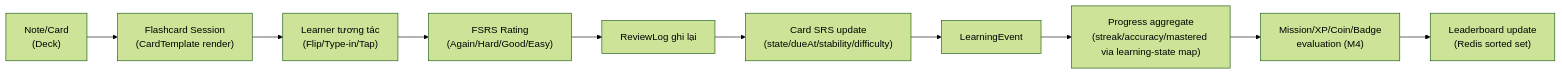
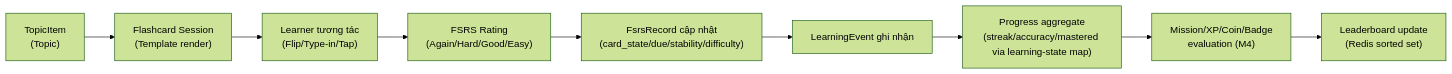
The fourth of 6 diagrams in sa/sa.md (SnapVocab/docs), drawn with Mermaid (forest theme) before and after one commit. The commit also changed other lines of this file and 11 other files, not shown here.

First line of the commit message:
docs: update architecture to 25-table entity model and add vertical task breakdown xlsx

````diff
--- a/sa/sa.md
+++ b/sa/sa.md
@@ -433,12 +432,11 @@
 ```mermaid
 flowchart LR
-    A["Note/Card<br>(Deck)"] --> B["Flashcard Session<br>(CardTemplate render)"]
+    A["TopicItem<br>(Topic)"] --> B["Flashcard Session<br>(Template render)"]
     B --> C["Learner tương tác<br>(Flip/Type-in/Tap)"]
     C --> D["FSRS Rating<br>(Again/Hard/Good/Easy)"]
-    D --> E["ReviewLog ghi lại"]
-    E --> F["Card SRS update<br>(state/dueAt/stability/difficulty)"]
-    F --> G["LearningEvent"]
-    G --> H["Progress aggregate<br>(streak/accuracy/mastered via learning-state map)"]
-    H --> I["Mission/XP/Coin/Badge<br>evaluation (M4)"]
-    I --> J["Leaderboard update<br>(Redis sorted set)"]
+    D --> E["FsrsRecord cập nhật<br>(card_state/due/stability/difficulty)"]
+    E --> F["LearningEvent ghi nhận"]
+    F --> G["Progress aggregate<br>(streak/accuracy/mastered via learning-state map)"]
+    G --> H["Mission/XP/Coin/Badge<br>evaluation (M4)"]
+    H --> I["Leaderboard update<br>(Redis sorted set)"]
 ```
````
